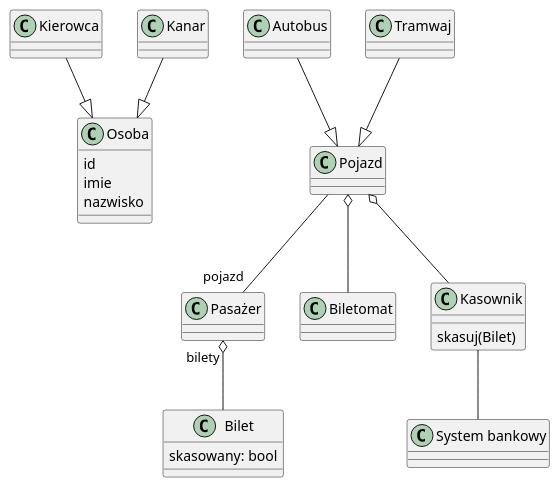
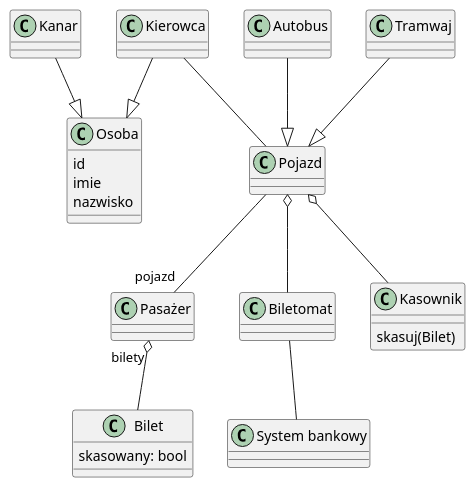
The diagram in dzienne/mpk_class_diaram.plantuml (kpodlaski/ProjektowanieObiektowe_2023-24), drawn with PlantUML before and after one commit. The commit also changed 1 other file, not shown here.

```diff
--- a/dzienne/mpk_class_diaram.plantuml
+++ b/dzienne/mpk_class_diaram.plantuml
@@ -1,36 +1,37 @@
 @startuml
 
 class Osoba{
     id 
     imie 
     nazwisko 
 }
 class Kierowca
 class Kanar
 
 class Pojazd
 class Autobus
 class Tramwaj
 class "Pasażer" as pasazer
 class Bilet{
     skasowany: bool
 }
 class Biletomat
 class Kasownik{
     skasuj(Bilet)
 }
 class "System bankowy" as bank
 
 Kierowca --|> Osoba
 Kanar --|> Osoba
 Autobus --|> Pojazd
 Tramwaj --|> Pojazd
 
 Pojazd o-- Biletomat
 Pojazd o-- Kasownik
 Pojazd -- "pojazd" pasazer
 pasazer "bilety" o-- Bilet
 
-Kasownik -- bank
+Biletomat -- bank
+Kierowca -- Pojazd
 
 @enduml
```
